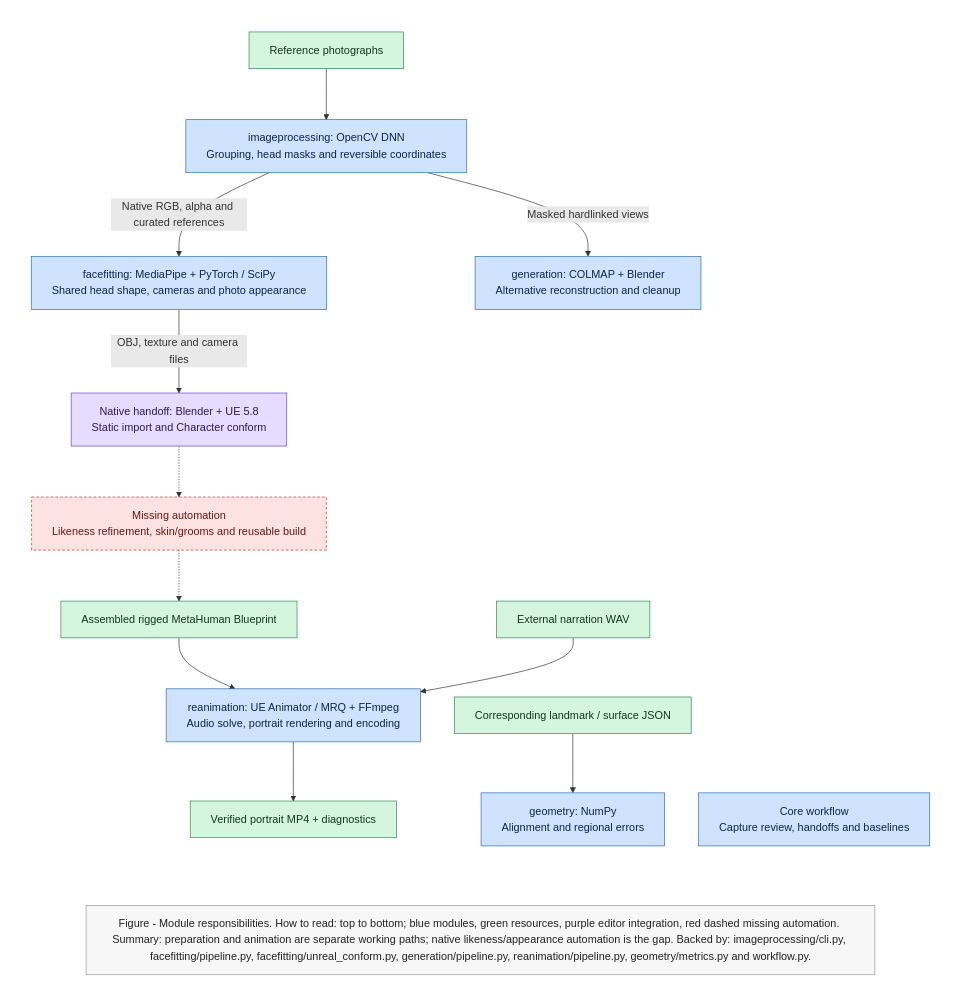
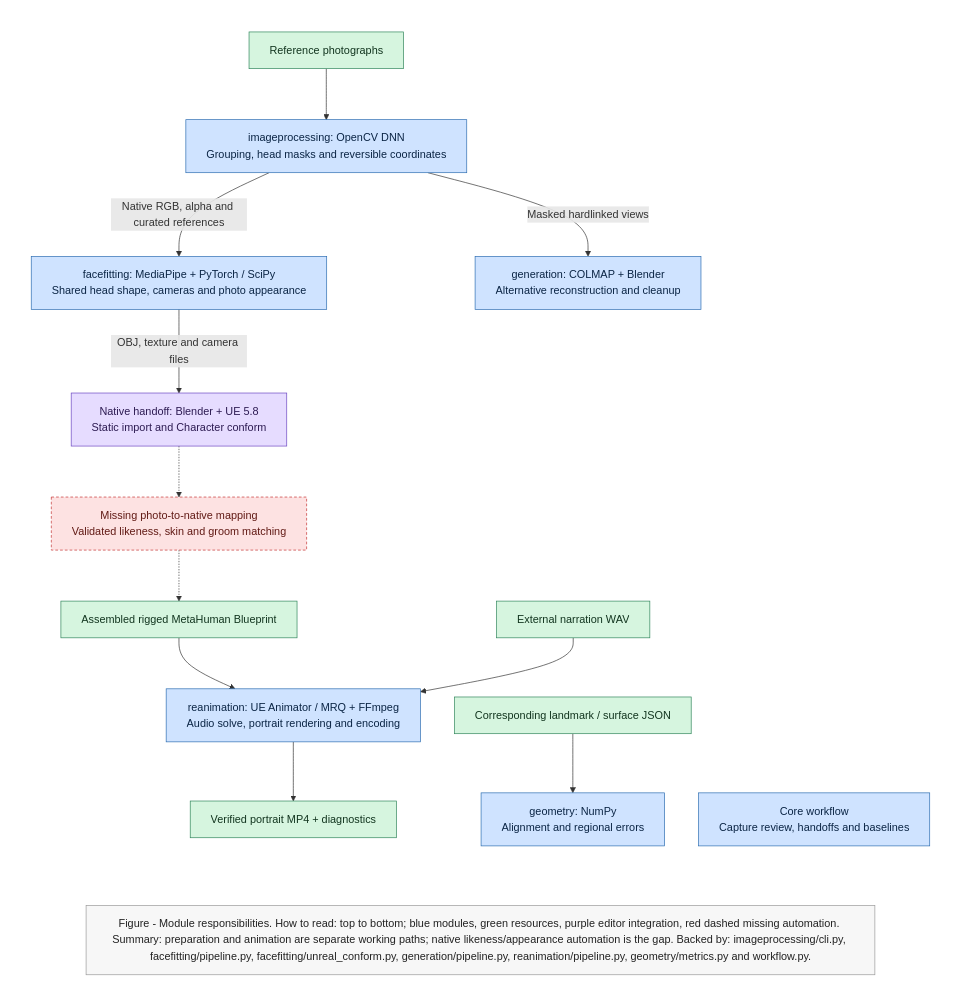
One commit to Arka95/ailias changed the diagram in README.md. Above: the diagram before and after it, drawn with Mermaid. The commit also changed other lines of this file and 11 other files, not shown here.

````diff
--- a/README.md
+++ b/README.md
@@ -42,26 +47,26 @@
 ```mermaid
 %%{init: {"flowchart": {"wrappingWidth": 1100}}}%%
 flowchart TB
     subgraph MAIN[" "]
         direction TB
         PH["Reference photographs"]:::store --> IMG["imageprocessing: OpenCV DNN<br/>Grouping, head masks and reversible coordinates"]:::svc
         IMG -->|Native RGB, alpha and curated references| FIT["facefitting: MediaPipe + PyTorch / SciPy<br/>Shared head shape, cameras and photo appearance"]:::svc
         IMG -->|Masked hardlinked views| GEN["generation: COLMAP + Blender<br/>Alternative reconstruction and cleanup"]:::svc
         FIT -->|OBJ, texture and camera files| UE["Native handoff: Blender + UE 5.8<br/>Static import and Character conform"]:::ext
-        UE -.-> GAP["Missing automation<br/>Likeness refinement, skin/grooms and reusable build"]:::unknown
+        UE -.-> GAP["Missing photo-to-native mapping<br/>Validated likeness, skin and groom matching"]:::unknown
         GAP -.-> RIG["Assembled rigged MetaHuman Blueprint"]:::store
         RIG --> REEL["reanimation: UE Animator / MRQ + FFmpeg<br/>Audio solve, portrait rendering and encoding"]:::svc
         WAV["External narration WAV"]:::store --> REEL
         REEL --> VIDEO["Verified portrait MP4 + diagnostics"]:::store
         JSON["Corresponding landmark / surface JSON"]:::store --> GEO["geometry: NumPy<br/>Alignment and regional errors"]:::svc
         CAP["Core workflow<br/>Capture review, handoffs and baselines"]:::svc
     end
     MAIN ~~~ SUM
     SUM["Figure - Module responsibilities. How to read: top to bottom; blue modules, green resources, purple editor integration, red dashed missing automation. Summary: preparation and animation are separate working paths; native likeness/appearance automation is the gap. Backed by: imageprocessing/cli.py, facefitting/pipeline.py, facefitting/unreal_conform.py, generation/pipeline.py, reanimation/pipeline.py, geometry/metrics.py and workflow.py."]:::caption
     style MAIN fill:none,stroke:none
     classDef svc fill:#cfe3ff,stroke:#2b6cb0,color:#0b2545
     classDef ext fill:#e6dcff,stroke:#6b46c1,color:#2d1b52
     classDef store fill:#d6f5df,stroke:#2f855a,color:#12351f
     classDef unknown fill:#fde2e2,stroke:#c53030,color:#611a15,stroke-dasharray:4 3
     classDef caption fill:#f7f7f7,stroke:#999,color:#222,font-size:16px
 ```
````
